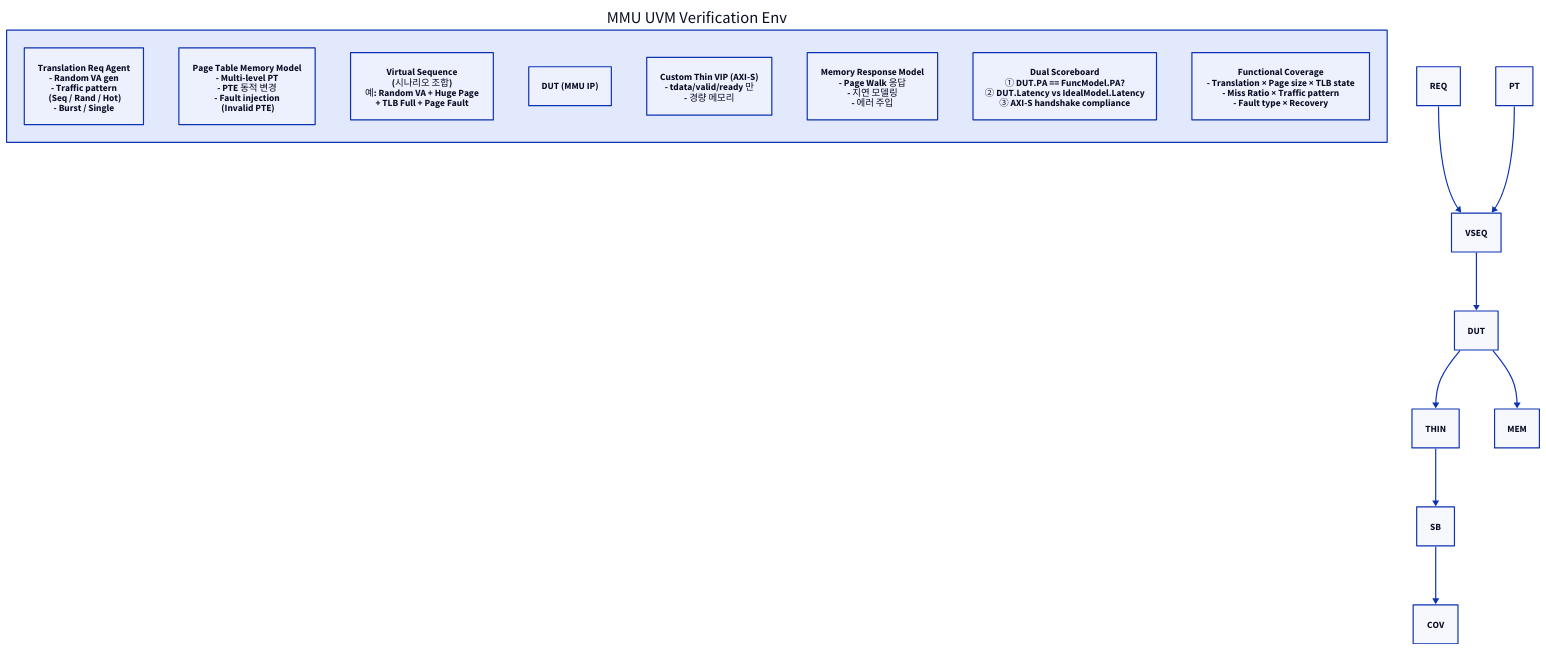
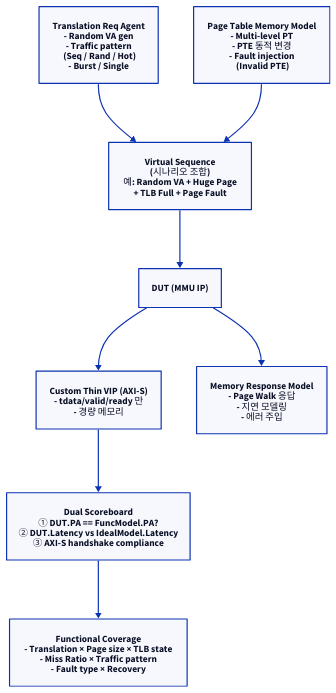
The first of 3 diagrams in topics/mmu/docs/06_mmu_dv_methodology.md (humbleowl39/DV_SKOOL), drawn with D2 before and after one commit. The commit also changed 90 other files, not shown here.

First line of the commit message:
docs: 전 토픽 다이어그램 정비 — ASCII→D2, mermaid→D2, 과대 D2 가시성 수정

````diff
--- a/topics/mmu/docs/06_mmu_dv_methodology.md
+++ b/topics/mmu/docs/06_mmu_dv_methodology.md
@@ -79,21 +79,19 @@
 ```d2
 direction: down
 
-ENV: "MMU UVM Verification Env" {
-  REQ: "Translation Req Agent\n- Random VA gen\n- Traffic pattern\n  (Seq / Rand / Hot)\n- Burst / Single"
-  PT: "Page Table Memory Model\n- Multi-level PT\n- PTE 동적 변경\n- Fault injection\n  (Invalid PTE)"
-  VSEQ: "Virtual Sequence\n(시나리오 조합)\n예: Random VA + Huge Page\n+ TLB Full + Page Fault"
-  DUT: "DUT (MMU IP)"
-  THIN: "Custom Thin VIP (AXI-S)\n- tdata/valid/ready 만\n- 경량 메모리"
-  MEM: "Memory Response Model\n- Page Walk 응답\n- 지연 모델링\n- 에러 주입"
-  SB: "Dual Scoreboard\n① DUT.PA == FuncModel.PA?\n② DUT.Latency vs IdealModel.Latency\n③ AXI-S handshake compliance"
-  COV: "Functional Coverage\n- Translation × Page size × TLB state\n- Miss Ratio × Traffic pattern\n- Fault type × Recovery"
-}
+REQ: "Translation Req Agent\n- Random VA gen\n- Traffic pattern\n  (Seq / Rand / Hot)\n- Burst / Single"
+PT: "Page Table Memory Model\n- Multi-level PT\n- PTE 동적 변경\n- Fault injection\n  (Invalid PTE)"
+VSEQ: "Virtual Sequence\n(시나리오 조합)\n예: Random VA + Huge Page\n+ TLB Full + Page Fault"
+DUT: "DUT (MMU IP)"
+THIN: "Custom Thin VIP (AXI-S)\n- tdata/valid/ready 만\n- 경량 메모리"
+MEM: "Memory Response Model\n- Page Walk 응답\n- 지연 모델링\n- 에러 주입"
+SB: "Dual Scoreboard\n① DUT.PA == FuncModel.PA?\n② DUT.Latency vs IdealModel.Latency\n③ AXI-S handshake compliance"
+COV: "Functional Coverage\n- Translation × Page size × TLB state\n- Miss Ratio × Traffic pattern\n- Fault type × Recovery"
 REQ -> VSEQ
 PT -> VSEQ
 VSEQ -> DUT
 DUT -> THIN
 DUT -> MEM
 THIN -> SB
 SB -> COV
 ```
````
